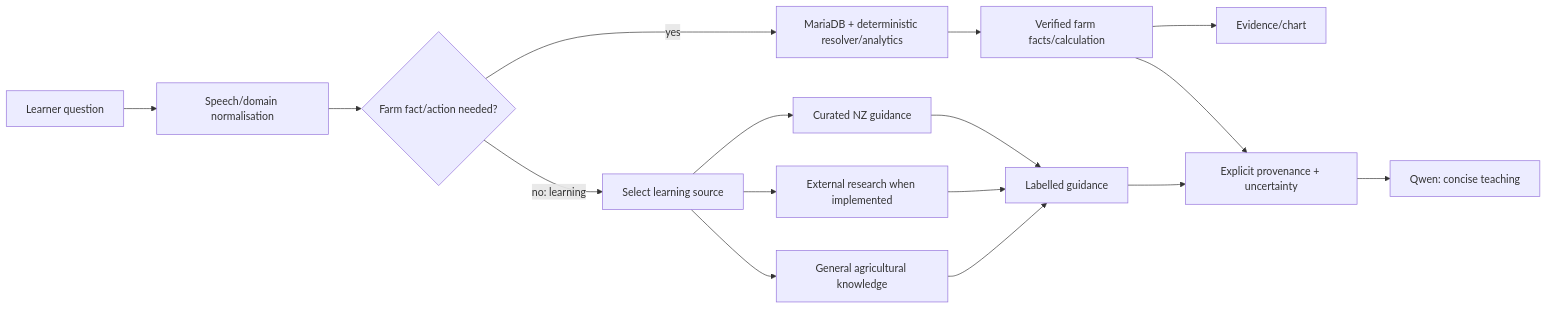
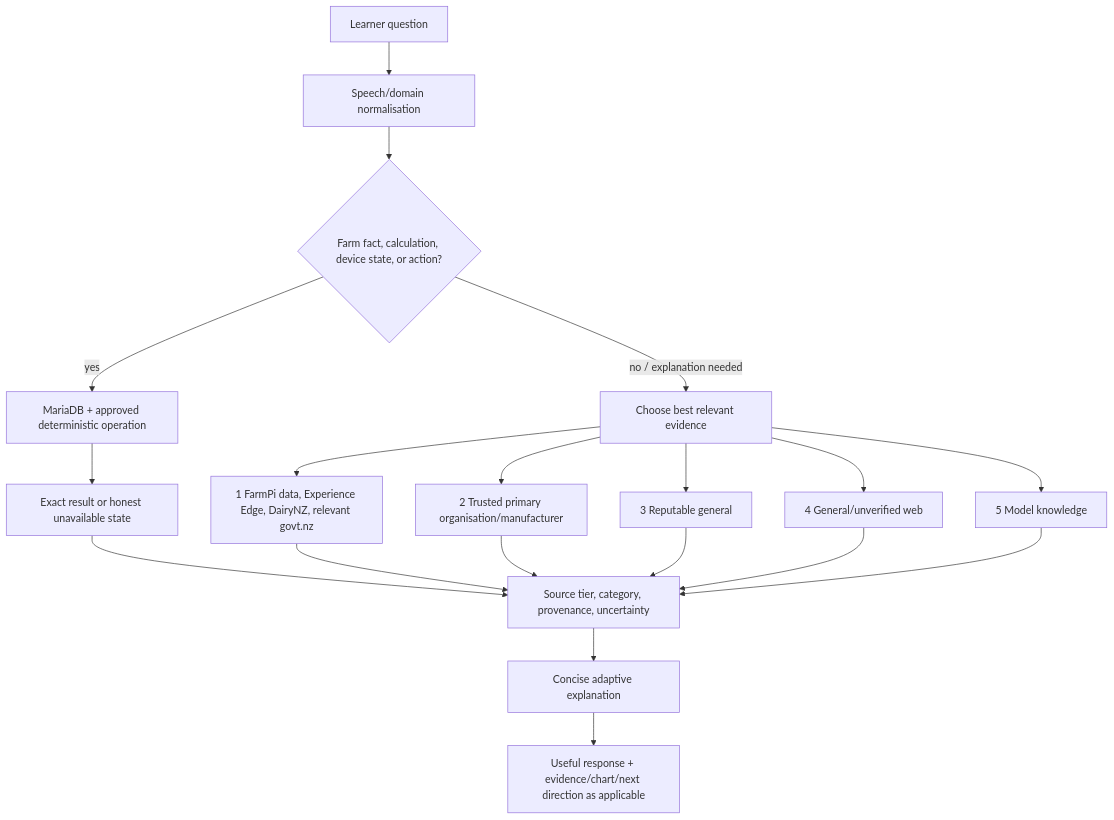
One commit to w0rmy/farmpi changed the diagram in docs/diagrams/grounding-pipeline.mmd. Above: the diagram before and after it, drawn with Mermaid. The commit also changed 39 other files, not shown here.

```diff
--- a/docs/diagrams/grounding-pipeline.mmd
+++ b/docs/diagrams/grounding-pipeline.mmd
@@ -1,16 +1,19 @@
-flowchart LR
-  T[Learner question] --> S[Speech/domain normalisation]
-  S --> R{Farm fact/action needed?}
-  R -->|yes| M[MariaDB + deterministic resolver/analytics]
-  R -->|no: learning| K[Select learning source]
-  K --> C[Curated NZ guidance]
-  K --> X[External research when implemented]
-  K --> H[General agricultural knowledge]
-  M --> F[Verified farm facts/calculation]
-  C --> G[Labelled guidance]
-  X --> G
-  H --> G
-  F --> E[Evidence/chart]
-  F --> P[Explicit provenance + uncertainty]
-  G --> P
-  P --> L[Qwen: concise teaching]
+flowchart TD
+  T[Learner question] --> N[Speech/domain normalisation]
+  N --> R{Farm fact, calculation, device state, or action?}
+  R -->|yes| D[MariaDB + approved deterministic operation]
+  D --> F[Exact result or honest unavailable state]
+  R -->|no / explanation needed| H[Choose best relevant evidence]
+  H --> T1[1 FarmPi data, Experience Edge, DairyNZ, relevant govt.nz]
+  H --> T2[2 Trusted primary organisation/manufacturer]
+  H --> T3[3 Reputable general]
+  H --> T4[4 General/unverified web]
+  H --> T5[5 Model knowledge]
+  F --> P[Source tier, category, provenance, uncertainty]
+  T1 --> P
+  T2 --> P
+  T3 --> P
+  T4 --> P
+  T5 --> P
+  P --> L[Concise adaptive explanation]
+  L --> U[Useful response + evidence/chart/next direction as applicable]
```
